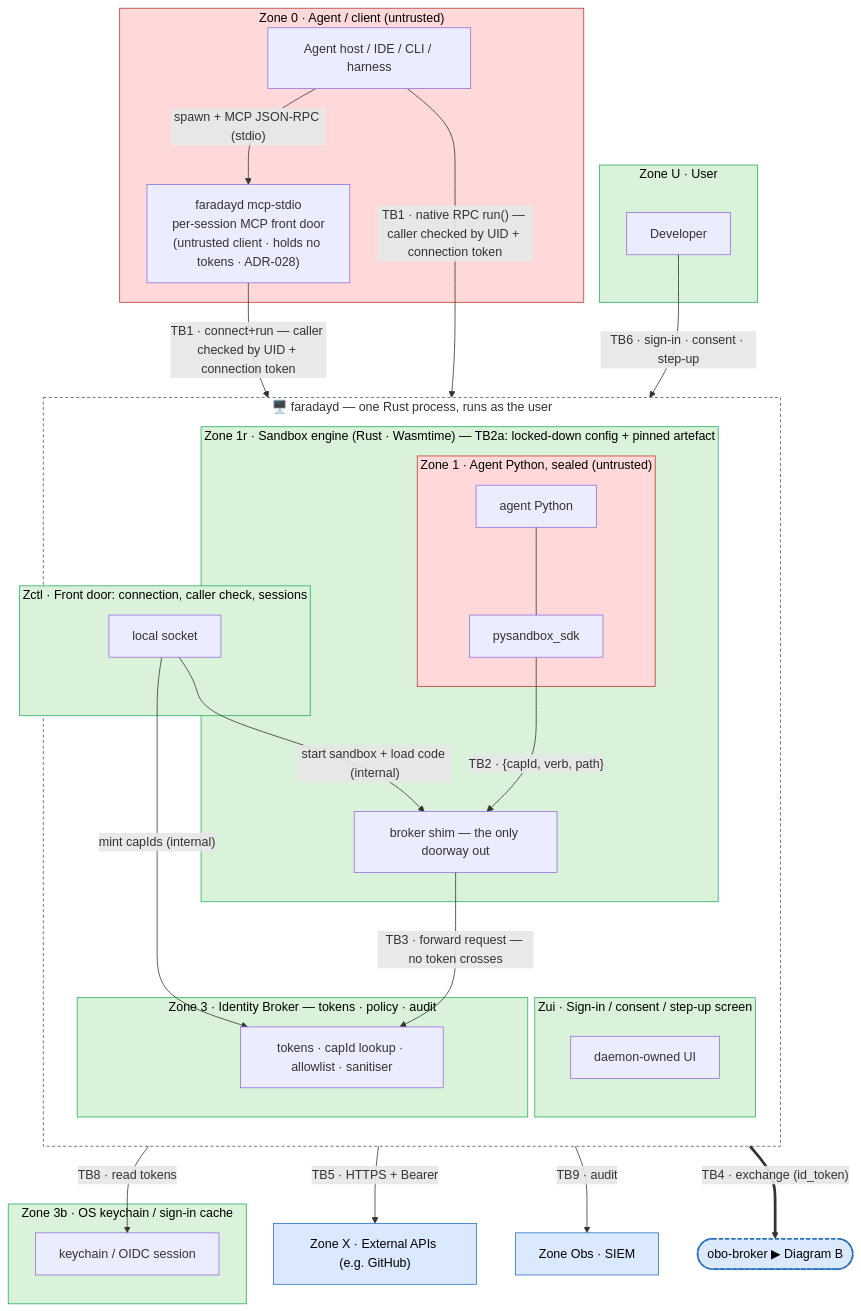
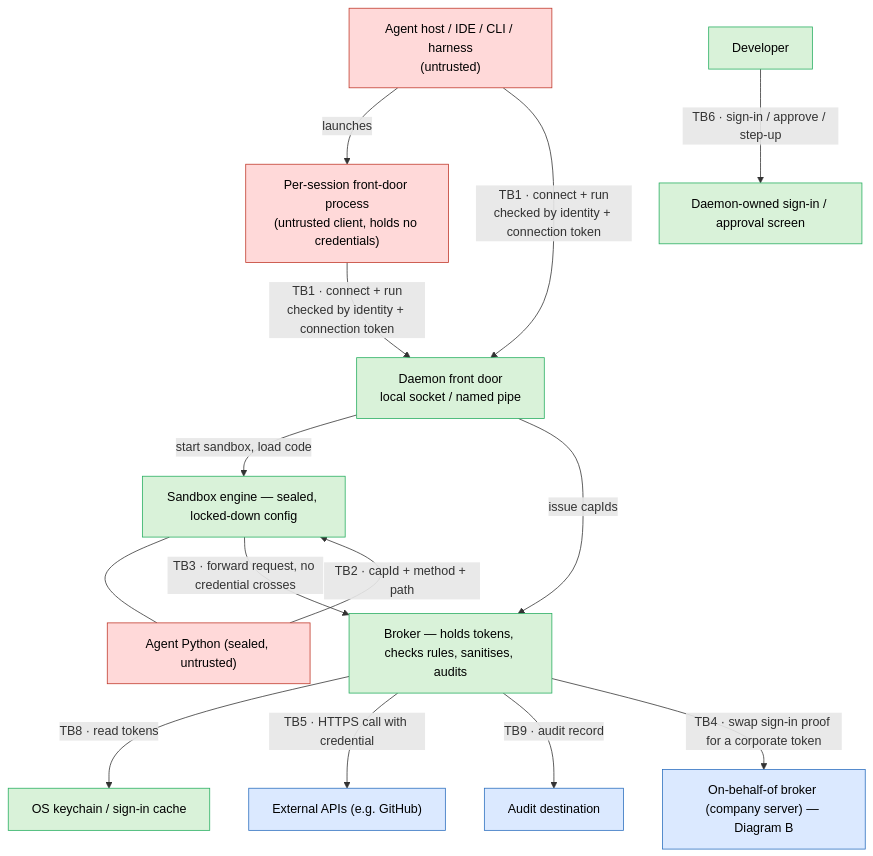
The first of 3 diagrams in docs/security/threat-model.md (gatblau/faraday), drawn with Mermaid before and after one commit. The commit also changed other lines of this file and 2 other files, not shown here.

First line of the commit message:
feat(sandbox): broker-mediated downstream MCP servers (ADR-034)

````diff
--- a/docs/security/threat-model.md
+++ b/docs/security/threat-model.md
@@ -48,59 +62,38 @@
 ```mermaid
-flowchart TB
-  subgraph Z0["Zone 0 · Agent / client (untrusted)"]
-    agent["Agent host / IDE / CLI / harness"]
-    mcp["faradayd mcp-stdio<br/>per-session MCP front door<br/>(untrusted client · holds no tokens · ADR-028)"]
-  end
-  subgraph ZU["Zone U · User"]
-    user["Developer"]
-  end
+flowchart TD
+  agent["Agent host / IDE / CLI / harness<br/>(untrusted)"]
+  frontdoor["Per-session front-door process<br/>(untrusted client, holds no credentials)"]
+  user["Developer"]
 
-  subgraph D["🖥️ faradayd — one Rust process, runs as the user"]
-    direction TB
-    subgraph Zctl["Zctl · Front door: connection, caller check, sessions"]
-      ctl["local socket"]
-    end
-    subgraph Zui["Zui · Sign-in / consent / step-up screen"]
-      ui["daemon-owned UI"]
-    end
-    subgraph Z1r["Zone 1r · Sandbox engine (Rust · Wasmtime) — TB2a: locked-down config + pinned artefact"]
-      shim["broker shim — the only doorway out"]
-      subgraph Z1["Zone 1 · Agent Python, sealed (untrusted)"]
-        code["agent Python"] --- sdk["pysandbox_sdk"]
-      end
-    end
-    subgraph Z3["Zone 3 · Identity Broker — tokens · policy · audit"]
-      broker["tokens · capId lookup · allowlist · sanitiser"]
-    end
-  end
+  socket["Daemon front door<br/>local socket / named pipe"]
+  ui["Daemon-owned sign-in / approval screen"]
+  sandbox["Sandbox engine — sealed, locked-down config"]
+  code["Agent Python (sealed, untrusted)"]
+  broker["Broker — holds tokens, checks rules, sanitises, audits"]
 
-  subgraph Z3b["Zone 3b · OS keychain / sign-in cache"]
-    keychain["keychain / OIDC session"]
-  end
-  extapi["Zone X · External APIs (e.g. GitHub)"]
-  siem["Zone Obs · SIEM"]
-  clusterB(["obo-broker ▶ Diagram B"])
+  keychain["OS keychain / sign-in cache"]
+  extapi["External APIs (e.g. GitHub)"]
+  siem["Audit destination"]
+  obo["On-behalf-of broker (company server) — Diagram B"]
 
-  agent -->|"spawn + MCP JSON-RPC (stdio)"| mcp
-  mcp -->|"TB1 · connect+run — caller checked by UID + connection token"| ctl
-  agent -->|"TB1 · native RPC run() — caller checked by UID + connection token"| ctl
-  user -->|"TB6 · sign-in · consent · step-up"| ui
-  ctl -->|"start sandbox + load code (internal)"| shim
-  ctl -->|"mint capIds (internal)"| broker
-  sdk -->|"TB2 · {capId, verb, path}"| shim
-  shim -->|"TB3 · forward request — no token crosses"| broker
+  agent -->|"launches"| frontdoor
+  frontdoor -->|"TB1 · connect + run<br/>checked by identity + connection token"| socket
+  agent -->|"TB1 · connect + run<br/>checked by identity + connection token"| socket
+  user -->|"TB6 · sign-in / approve / step-up"| ui
+  socket -->|"start sandbox, load code"| sandbox
+  sandbox --- code
+  socket -->|"issue capIds"| broker
+  code -->|"TB2 · capId + method + path"| sandbox
+  sandbox -->|"TB3 · forward request, no credential crosses"| broker
   broker -->|"TB8 · read tokens"| keychain
-  broker -->|"TB5 · HTTPS + Bearer"| extapi
-  broker -->|"TB9 · audit"| siem
-  broker ==>|"TB4 · exchange (id_token)"| clusterB
+  broker -->|"TB5 · HTTPS call with credential"| extapi
+  broker -->|"TB9 · audit record"| siem
+  broker -->|"TB4 · swap sign-in proof for a corporate token"| obo
 
   classDef untrusted fill:#ffd9d9,stroke:#c0392b,color:#000
   classDef trusted fill:#d9f2d9,stroke:#27ae60,color:#000
   classDef ext fill:#dbe9ff,stroke:#2c6fbf,color:#000
-  classDef link fill:#dbe9ff,stroke:#2c6fbf,stroke-width:2px,stroke-dasharray:5 3,color:#000
-  class Z0,Z1 untrusted
-  class ZU,Zctl,Zui,Z1r,Z3,Z3b trusted
-  class extapi,siem ext
-  class clusterB link
-  style D fill:none,stroke:#555,stroke-dasharray:4 3
+  class agent,frontdoor,code untrusted
+  class user,socket,ui,sandbox,broker,keychain trusted
+  class extapi,siem,obo ext
 ```
````
